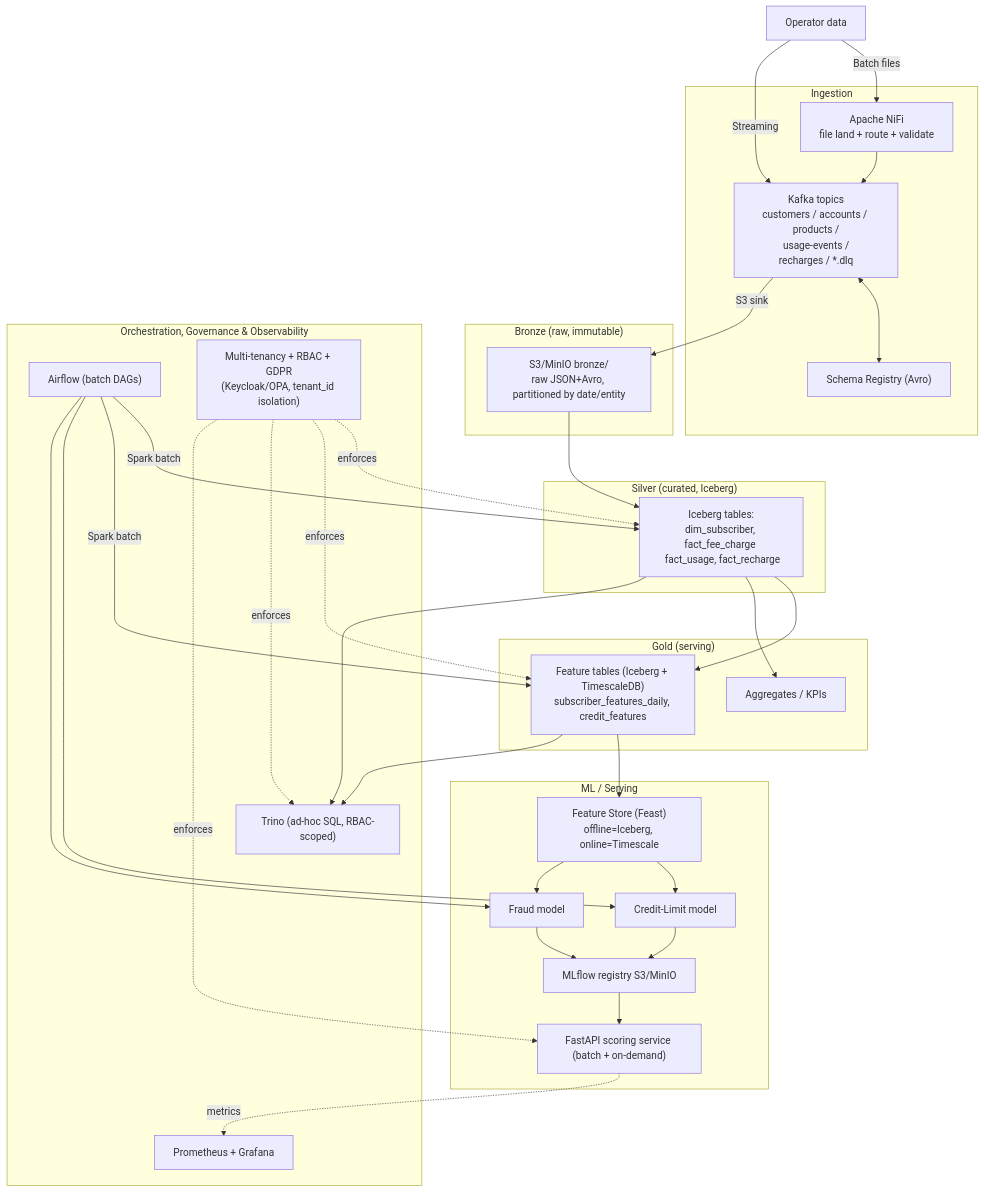
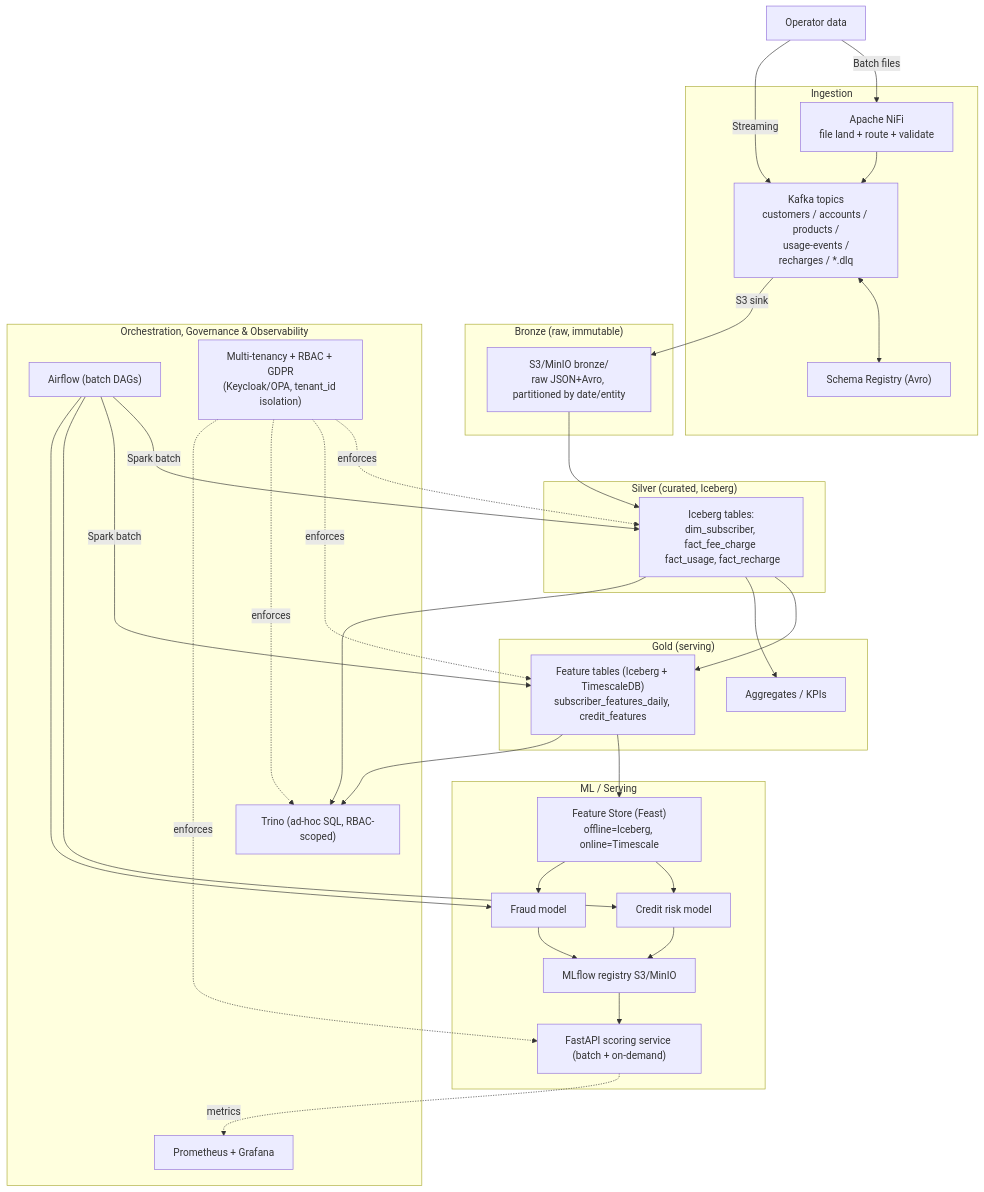
Before and after one commit to vikasagarwal2485/intelligent_data_platform: the diagram in docs/architecture_and_implementation_plan.md, drawn with Mermaid.

````diff
--- a/docs/architecture_and_implementation_plan.md
+++ b/docs/architecture_and_implementation_plan.md
@@ -76,54 +76,54 @@
 ```mermaid
 flowchart TB
 
     subgraph ING["Ingestion"]
         NIFI["Apache NiFi<br/>file land + route + validate"]
         KAFKA["Kafka topics<br/>customers / accounts / products /<br/>usage-events /<br/>recharges / *.dlq"]
         SR["Schema Registry (Avro)"]
     end
 
     subgraph BRONZE["Bronze (raw, immutable)"]
         B["S3/MinIO bronze/<br/>raw JSON+Avro, partitioned by date/entity"]
     end
 
     subgraph SILVER["Silver (curated, Iceberg)"]
         S["Iceberg tables:<br/>dim_subscriber, fact_fee_charge <br/> fact_usage, fact_recharge"]
     end
 
     subgraph GOLD["Gold (serving)"]
         G1["Feature tables (Iceberg + TimescaleDB)<br/>subscriber_features_daily, credit_features"]
         G2["Aggregates / KPIs"]
     end
 
     subgraph ML["ML / Serving"]
         FS["Feature Store (Feast)<br/>offline=Iceberg, online=Timescale"]
-        M1["Credit-Limit model"]
+        M1["Credit risk model"]
         M2["Fraud model"]
         REG["MLflow registry S3/MinIO"]
         API["FastAPI scoring service (batch + on-demand)"]
     end
 
     subgraph OPS["Orchestration, Governance & Observability"]
         AF["Airflow (batch DAGs)"]
         MON["Prometheus + Grafana"]
         TR["Trino (ad-hoc SQL, RBAC-scoped)"]
         GOV["Multi-tenancy + RBAC + GDPR<br/>(Keycloak/OPA, tenant_id isolation)"]
     end
 
     SYN["Operator data"] --> |Batch files| NIFI --> KAFKA
     SYN["Operator data"] --> |Streaming| KAFKA
     KAFKA <--> SR
     KAFKA -->|S3 sink| B
     B --> S
     AF --> |Spark batch| S
     AF --> |Spark batch| G1
     AF --> M1 & M2
     S --> G1 & G2
     G1 --> FS
     FS --> M1 & M2
     M1 & M2 --> REG --> API
     S --> TR
     G1 --> TR
     GOV -.enforces.-> S & G1 & TR & API
     API -.metrics.-> MON
 ```
````
